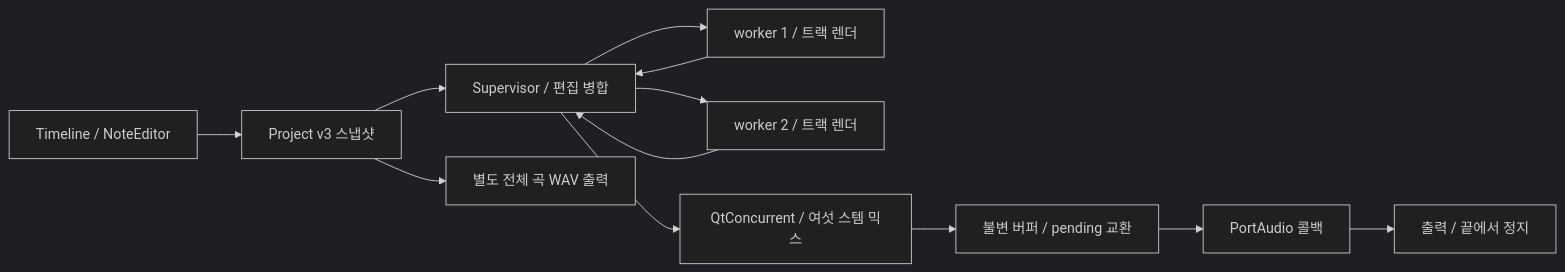
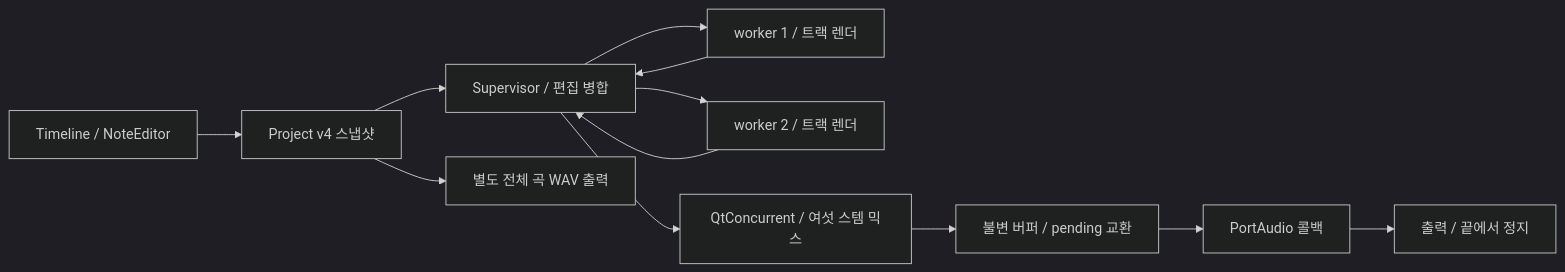
Before and after one commit to studyreadbook4ever/Ferro: the diagram in docs/ARCHITECTURE.md, drawn with Mermaid (dark theme). The commit also changed other lines of this file and 14 other files, not shown here.

````diff
--- a/docs/ARCHITECTURE.md
+++ b/docs/ARCHITECTURE.md
@@ -5,14 +5,14 @@
 ```mermaid
 flowchart LR
-    UI["Timeline / NoteEditor"] --> P["Project v3 스냅샷"]
+    UI["Timeline / NoteEditor"] --> P["Project v4 스냅샷"]
     P --> S["Supervisor / 편집 병합"]
     S --> W1["worker 1 / 트랙 렌더"]
     S --> W2["worker 2 / 트랙 렌더"]
     W1 --> S
     W2 --> S
     S --> M["QtConcurrent / 여섯 스템 믹스"]
     M --> B["불변 버퍼 / pending 교환"]
     B --> A["PortAudio 콜백"]
     A --> O["출력 / 끝에서 정지"]
     P --> E["별도 전체 곡 WAV 출력"]
 ```
````
